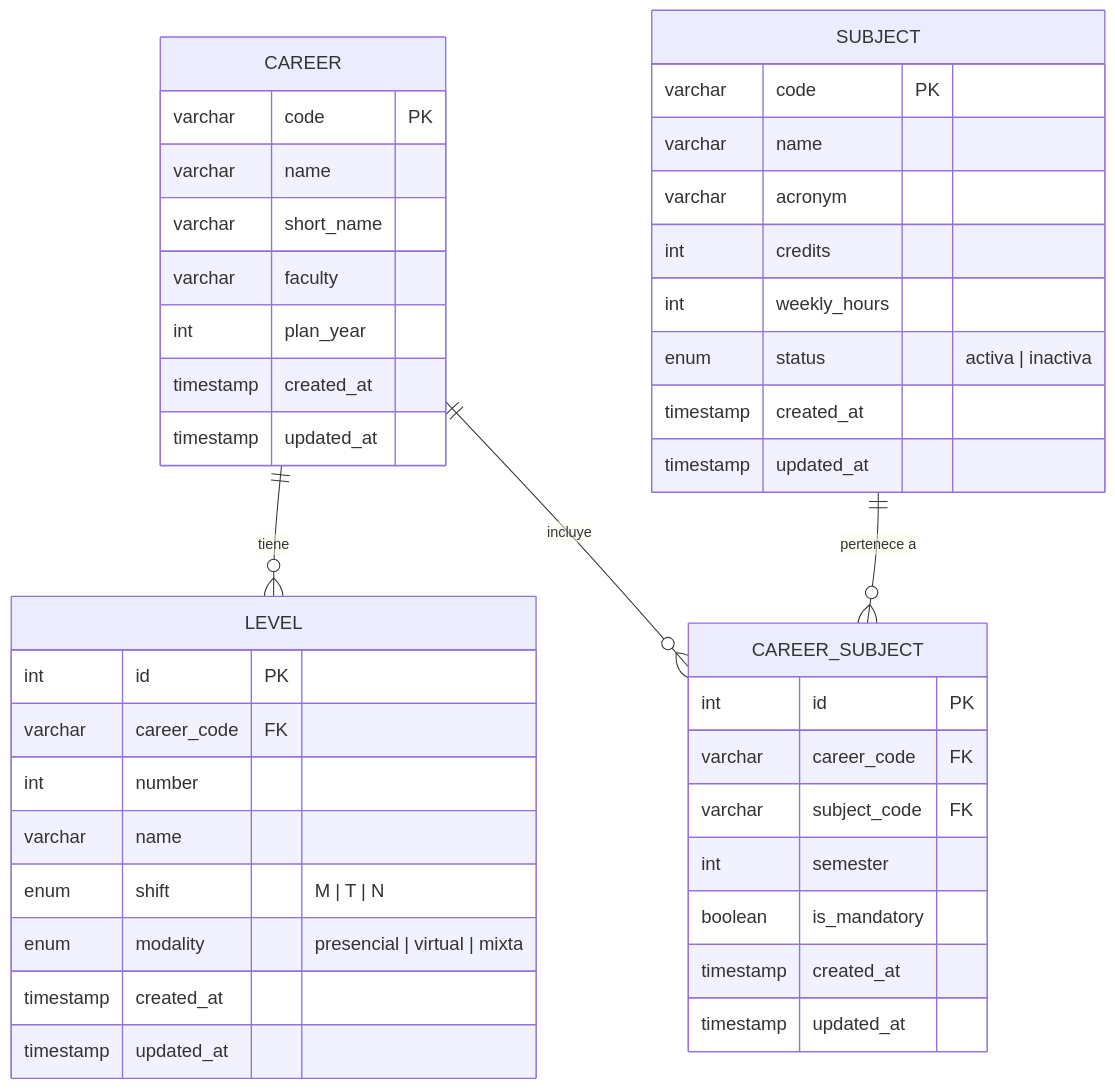
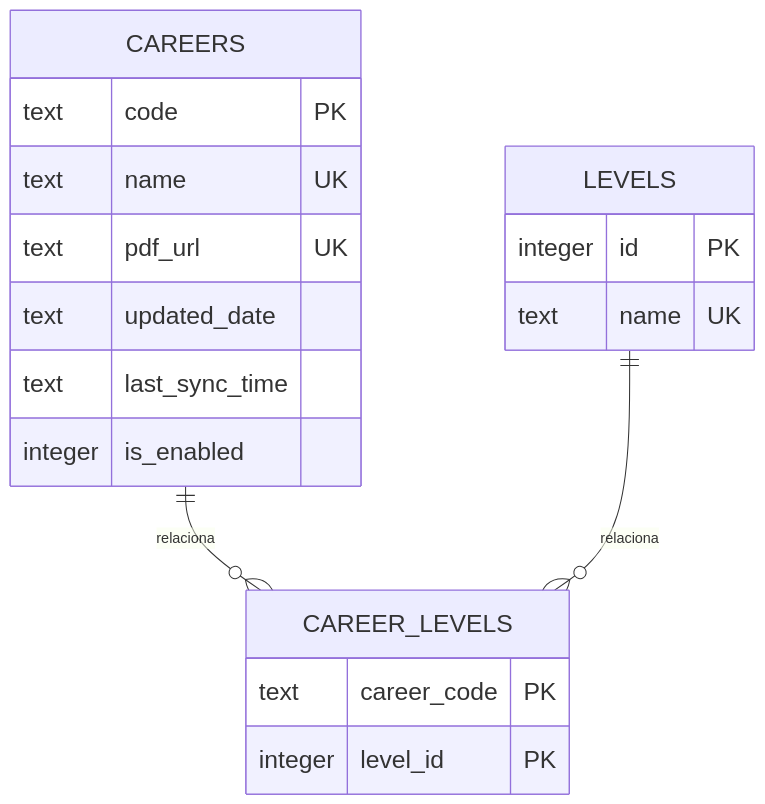
One commit to smith-3/Taller-Grado-II changed the diagram in images/diagrams/er_part1_estructura_academica.mmd. Above: the diagram before and after it, drawn with Mermaid. The commit also changed 15 other files, not shown here.

Commit message:
docs(diagrams): reestructurar diagramas ER y de componentes en Mermaid

```diff
--- a/images/diagrams/er_part1_estructura_academica.mmd
+++ b/images/diagrams/er_part1_estructura_academica.mmd
@@ -1,59 +1,35 @@
 %%{init: {
   "theme": "default",
   "themeVariables": {
     "fontFamily": "Helvetica, Arial, sans-serif",
-    "fontSize": "18px"
+    "fontSize": "24px"
   },
   "er": {
-    "layoutDirection": "TB",
-    "entityPadding": 20,
+    "layoutDirection": "LR",
+    "entityPadding": 24,
     "useMaxWidth": true
   }
 }}%%
 
 erDiagram
-    CAREER {
-        varchar code PK
-        varchar name
-        varchar short_name
-        varchar faculty
-        int plan_year
-        timestamp created_at
-        timestamp updated_at
+    CAREERS {
+        text code PK
+        text name UK
+        text pdf_url UK
+        text updated_date
+        text last_sync_time
+        integer is_enabled
     }
 
-    LEVEL {
-        int id PK
-        varchar career_code FK
-        int number
-        varchar name
-        enum shift "M | T | N"
-        enum modality "presencial | virtual | mixta"
-        timestamp created_at
-        timestamp updated_at
+    LEVELS {
+        integer id PK
+        text name UK
     }
 
-    SUBJECT {
-        varchar code PK
-        varchar name
-        varchar acronym
-        int credits
-        int weekly_hours
-        enum status "activa | inactiva"
-        timestamp created_at
-        timestamp updated_at
+    CAREER_LEVELS {
+        text career_code PK
+        integer level_id PK
     }
 
-    CAREER_SUBJECT {
-        int id PK
-        varchar career_code FK
-        varchar subject_code FK
-        int semester
-        boolean is_mandatory
-        timestamp created_at
-        timestamp updated_at
-    }
-
-    CAREER ||--o{ LEVEL : "tiene"
-    CAREER ||--o{ CAREER_SUBJECT : "incluye"
-    SUBJECT ||--o{ CAREER_SUBJECT : "pertenece a"
+    CAREERS ||--o{ CAREER_LEVELS : relaciona
+    LEVELS ||--o{ CAREER_LEVELS : relaciona
```
